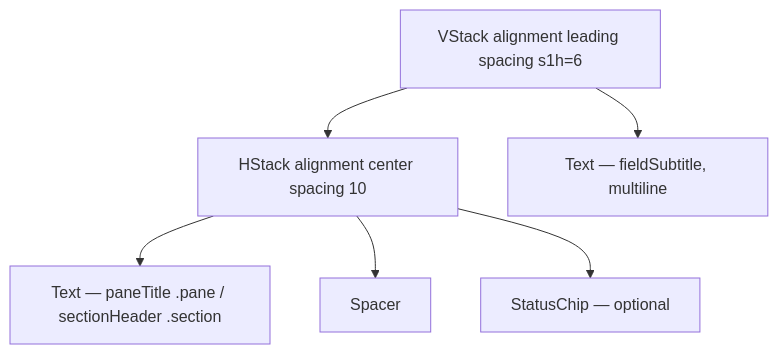
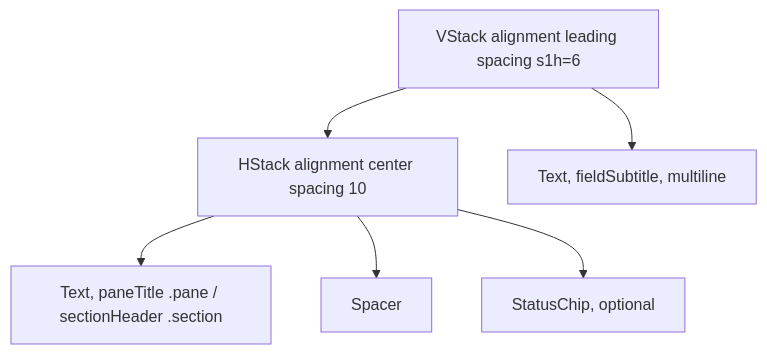
One commit to MrDemonWolf/WolfWave changed the diagram in design-system/components/section-header-with-status.md. Above: the diagram before and after it, drawn with Mermaid. The commit also changed other lines of this file and 152 other files, not shown here.

````diff
--- a/design-system/components/section-header-with-status.md
+++ b/design-system/components/section-header-with-status.md
@@ -36,8 +36,8 @@
 ```mermaid
 graph TB
   Header[VStack alignment leading spacing s1h=6] --> TopRow[HStack alignment center spacing 10]
-  TopRow --> Title[Text — paneTitle .pane / sectionHeader .section]
+  TopRow --> Title[Text, paneTitle .pane / sectionHeader .section]
   TopRow --> Spacer
-  TopRow --> Chip[StatusChip — optional]
-  Header --> Subtitle[Text — fieldSubtitle, multiline]
+  TopRow --> Chip[StatusChip, optional]
+  Header --> Subtitle[Text, fieldSubtitle, multiline]
 ```
````
